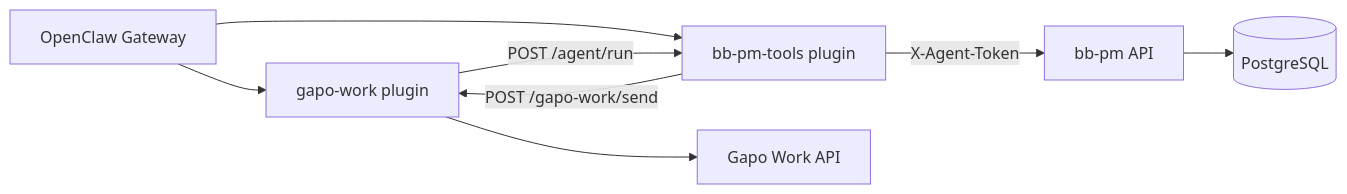
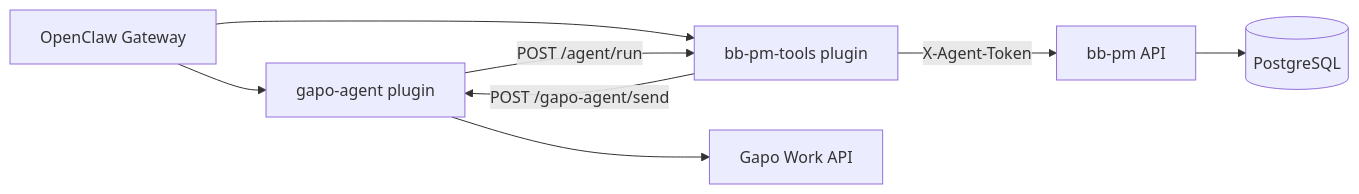
One commit to dangtrantanluc/odoo changed diagram 15 of 17 in INTERNAL_TECHNICAL_DOCUMENTATION.md. Above: the diagram before and after it, drawn with Mermaid. The commit also changed other lines of this file and 2303 other files, not shown here.

````diff
--- a/INTERNAL_TECHNICAL_DOCUMENTATION.md
+++ b/INTERNAL_TECHNICAL_DOCUMENTATION.md
@@ -2003,10 +2011,10 @@
 ```mermaid
 flowchart LR
-  GW[OpenClaw Gateway] --> GP[gapo-work plugin]
+  GW[OpenClaw Gateway] --> GP[gapo-agent plugin]
   GW --> BP[bb-pm-tools plugin]
   GP -->|POST /agent/run| BP
   BP -->|X-Agent-Token| API[bb-pm API]
   API --> DB[(PostgreSQL)]
-  BP -->|POST /gapo-work/send| GP
+  BP -->|POST /gapo-agent/send| GP
   GP --> Gapo[Gapo Work API]
 ```
````
